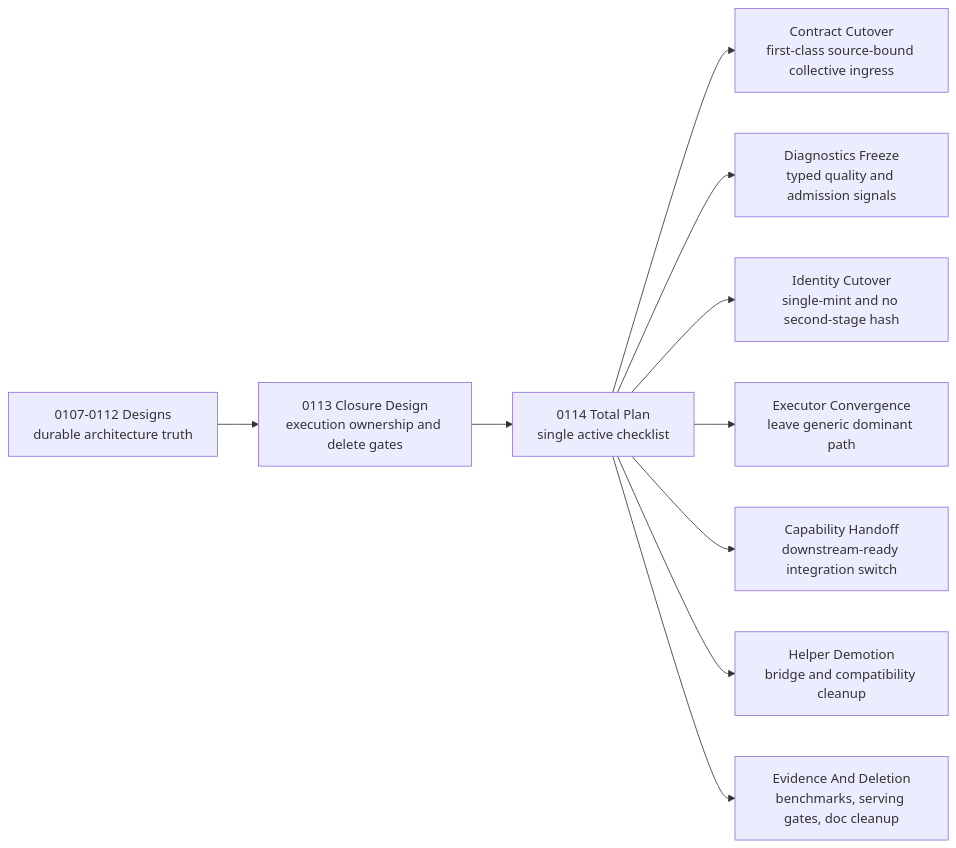
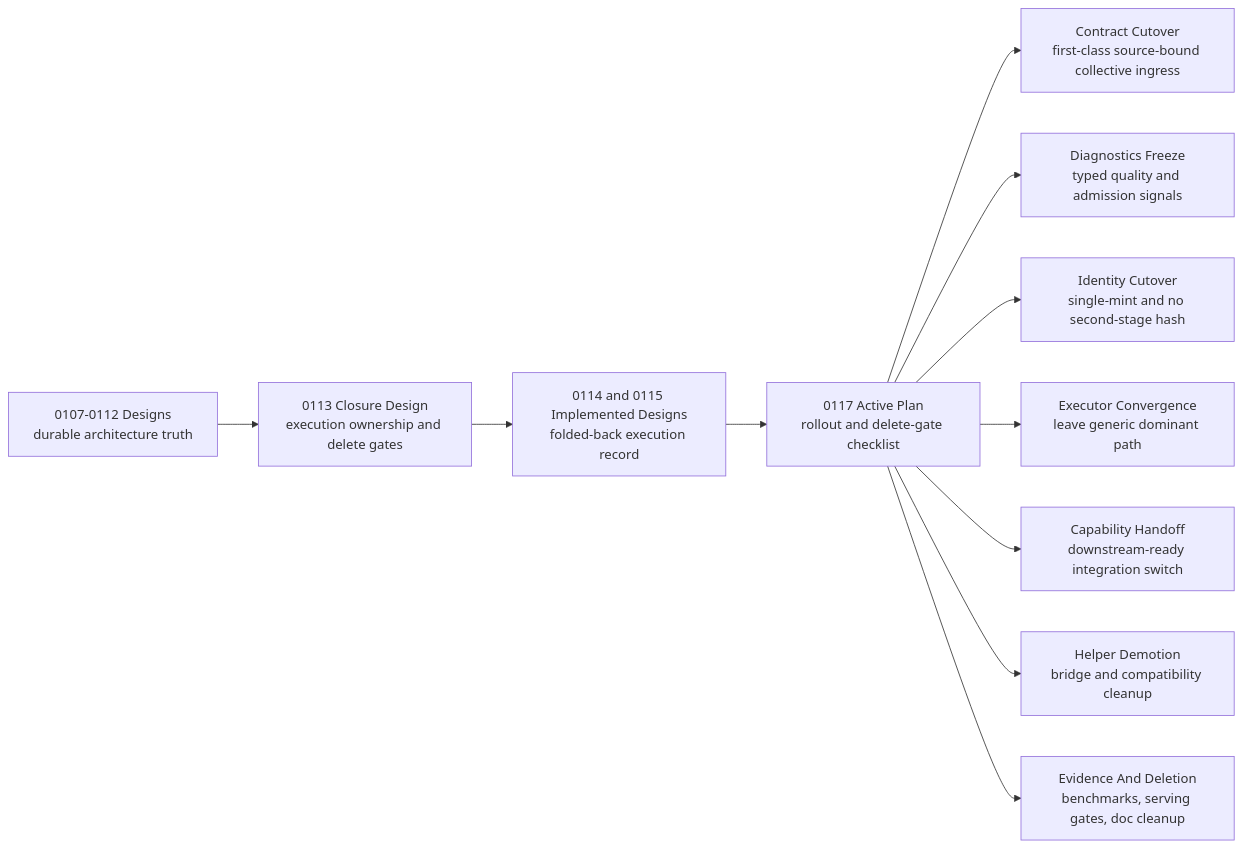
The diagram in docs/designs/0113-step3p5-closure-and-sot-convergence.md (tensorcast-ai/tensorcast), drawn with Mermaid before and after one commit. The commit also changed other lines of this file and 77 other files, not shown here.

First line of the commit message:
feat: finalize source-bound execution and binding closeout contracts

````diff
--- a/docs/designs/0113-step3p5-closure-and-sot-convergence.md
+++ b/docs/designs/0113-step3p5-closure-and-sot-convergence.md
@@ -83,12 +86,13 @@
 ```mermaid
 flowchart LR
   A["0107-0112 Designs<br>durable architecture truth"] --> B["0113 Closure Design<br>execution ownership and delete gates"]
-  B --> C["0114 Total Plan<br>single active checklist"]
-  C --> D["Contract Cutover<br>first-class source-bound collective ingress"]
-  C --> E["Diagnostics Freeze<br>typed quality and admission signals"]
-  C --> F["Identity Cutover<br>single-mint and no second-stage hash"]
-  C --> G["Executor Convergence<br>leave generic dominant path"]
-  C --> H["Capability Handoff<br>downstream-ready integration switch"]
-  C --> I["Helper Demotion<br>bridge and compatibility cleanup"]
-  C --> J["Evidence And Deletion<br>benchmarks, serving gates, doc cleanup"]
+  B --> C["0114 and 0115 Implemented Designs<br>folded-back execution record"]
+  C --> K["0117 Active Plan<br>rollout and delete-gate checklist"]
+  K --> D["Contract Cutover<br>first-class source-bound collective ingress"]
+  K --> E["Diagnostics Freeze<br>typed quality and admission signals"]
+  K --> F["Identity Cutover<br>single-mint and no second-stage hash"]
+  K --> G["Executor Convergence<br>leave generic dominant path"]
+  K --> H["Capability Handoff<br>downstream-ready integration switch"]
+  K --> I["Helper Demotion<br>bridge and compatibility cleanup"]
+  K --> J["Evidence And Deletion<br>benchmarks, serving gates, doc cleanup"]
 ```
````
